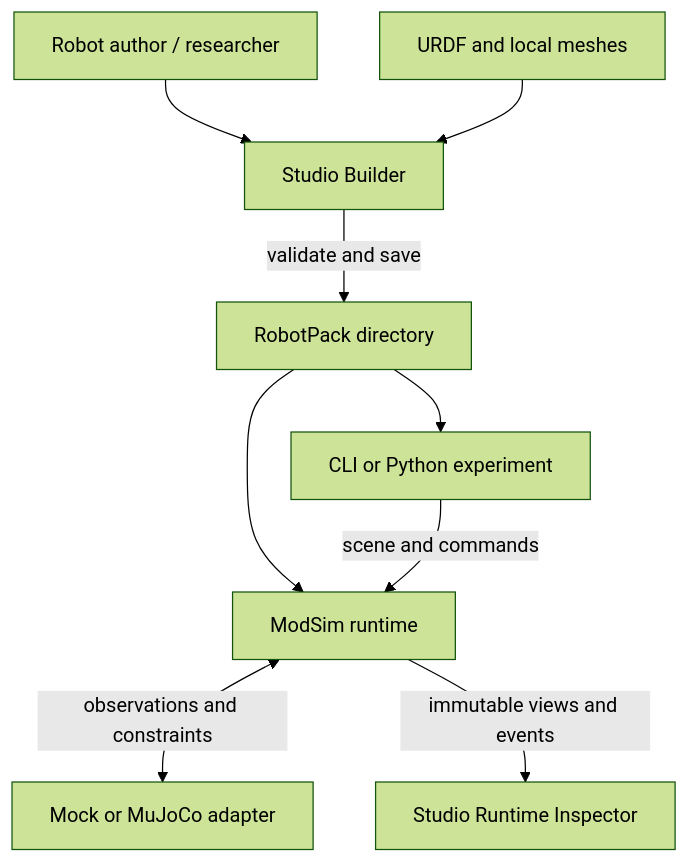
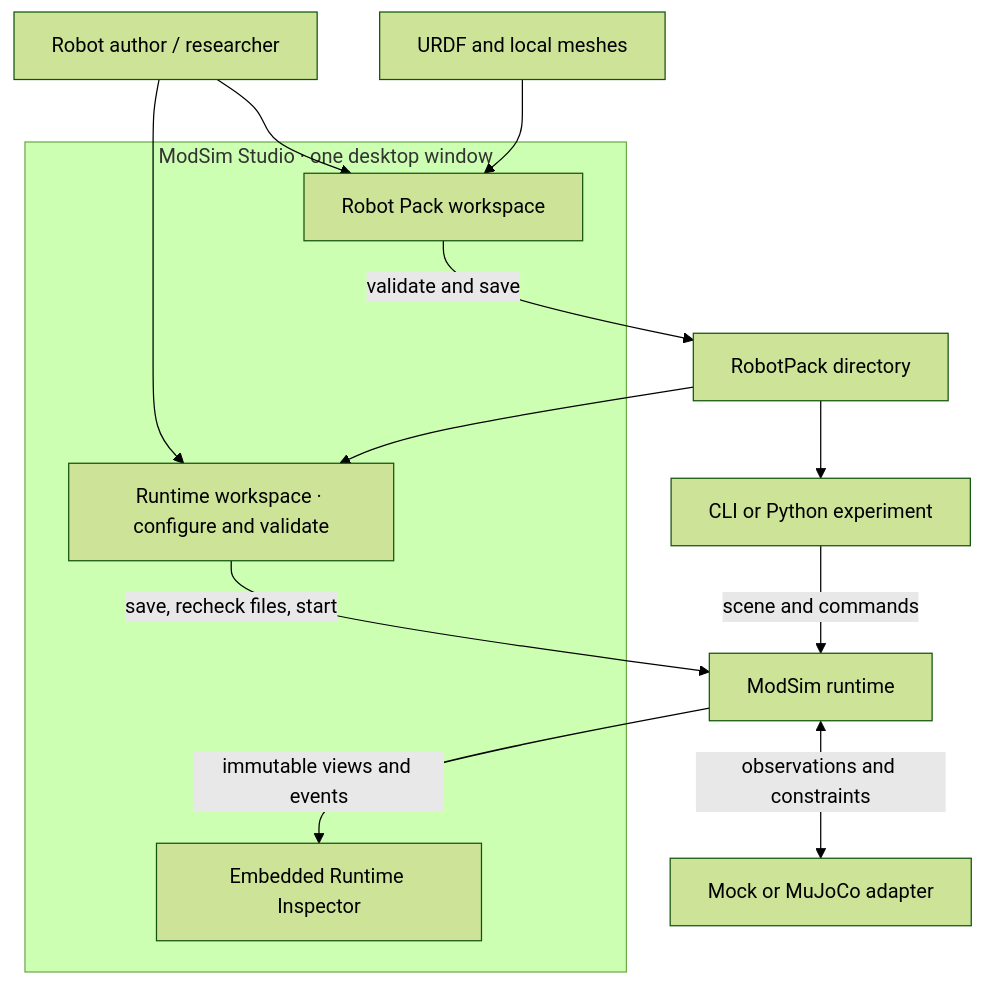
Before and after one commit to modlab-upenn/ModSim: the first of 2 diagrams in docs/explanation/index.md, drawn with Mermaid (forest theme). The commit also changed other lines of this file and 143 other files, not shown here.

````diff
--- a/docs/explanation/index.md
+++ b/docs/explanation/index.md
@@ -48,19 +49,24 @@
 ```mermaid
 flowchart TD
     Author["Robot author / researcher"]
     Mechanical["URDF and local meshes"]
-    Builder["Studio Builder"]
+    subgraph Studio["ModSim Studio · one desktop window"]
+      Builder["Robot Pack workspace"]
+      Launch["Runtime workspace · configure and validate"]
+      Inspector["Embedded Runtime Inspector"]
+    end
     Pack["RobotPack directory"]
     Experiment["CLI or Python experiment"]
     Runtime["ModSim runtime"]
     Backend["Mock or MuJoCo adapter"]
-    Inspector["Studio Runtime Inspector"]
     Author --> Builder
+    Author --> Launch
     Mechanical --> Builder
     Builder -->|"validate and save"| Pack
     Pack --> Experiment
-    Pack --> Runtime
+    Pack --> Launch
+    Launch -->|"save, recheck files, start"| Runtime
     Experiment -->|"scene and commands"| Runtime
     Runtime <-->|"observations and constraints"| Backend
     Runtime -->|"immutable views and events"| Inspector
 ```
````
